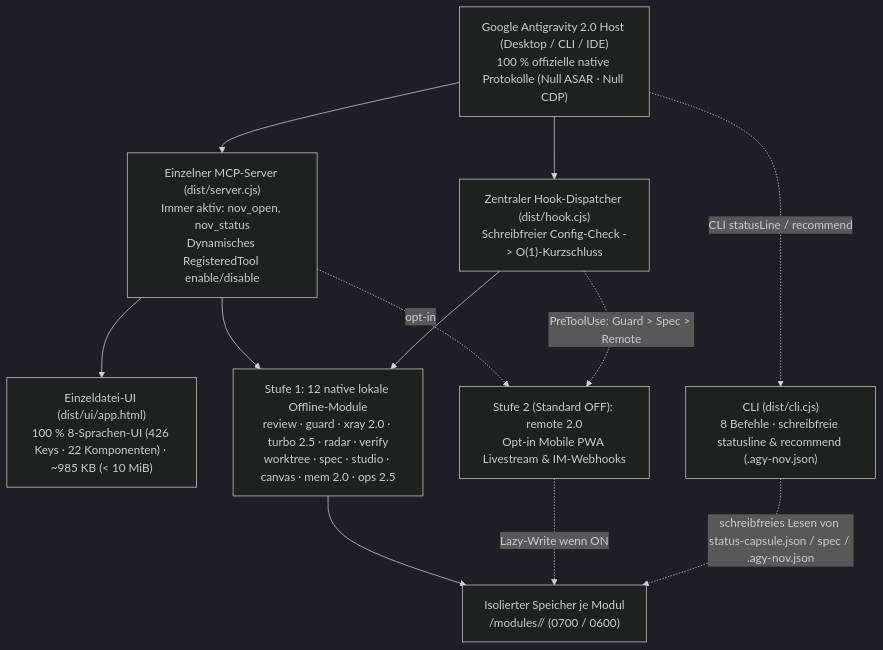
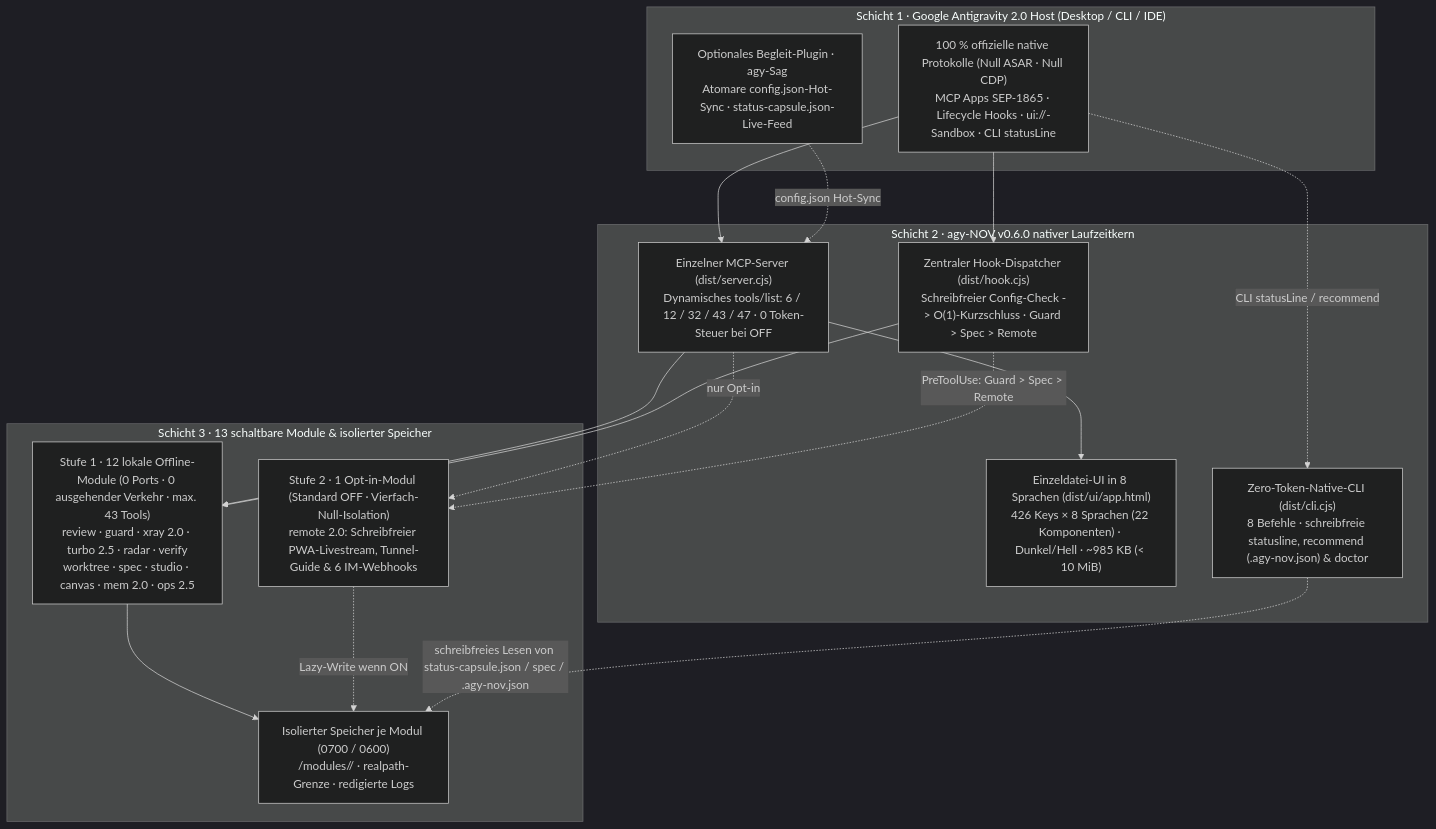
One commit to tone-leh/agy-NOV changed the diagram in docs/i18n/README.de.md. Above: the diagram before and after it, drawn with Mermaid (dark theme). The commit also changed other lines of this file and 11 other files, not shown here.

Commit message:
docs(readme): replace stale English hero/architecture SVGs with native localized Mermaid diagrams across all 8 locales

````diff
--- a/docs/i18n/README.de.md
+++ b/docs/i18n/README.de.md
@@ -226,23 +209,33 @@
 ```mermaid
 flowchart TB
-  Host["Google Antigravity 2.0 Host (Desktop / CLI / IDE)\n100 % offizielle native Protokolle (Null ASAR · Null CDP)"]
-  MCP["Einzelner MCP-Server (dist/server.cjs)\nImmer aktiv: nov_open, nov_status\nDynamisches RegisteredTool enable/disable"]
-  UI["Einzeldatei-UI (dist/ui/app.html)\n100 % 8-Sprachen-UI (426 Keys · 22 Komponenten) · ~985 KB (< 10 MiB)"]
-  Hook["Zentraler Hook-Dispatcher (dist/hook.cjs)\nSchreibfreier Config-Check -> O(1)-Kurzschluss"]
-  CLI["CLI (dist/cli.cjs)\n8 Befehle · schreibfreie statusline & recommend (.agy-nov.json)"]
-  Store["Isolierter Speicher je Modul\n<dataDir>/modules/<id>/ (0700 / 0600)"]
-  T1["Stufe 1: 12 native lokale Offline-Module\nreview · guard · xray 2.0 · turbo 2.5 · radar · verify\nworktree · spec · studio · canvas · mem 2.0 · ops 2.5"]
-  T2R["Stufe 2 (Standard OFF): remote 2.0\nOpt-in Mobile PWA Livestream & IM-Webhooks"]
+  subgraph L1["Schicht 1 · Google Antigravity 2.0 Host (Desktop / CLI / IDE)"]
+    Host["100 % offizielle native Protokolle (Null ASAR · Null CDP)\nMCP Apps SEP-1865 · Lifecycle Hooks · ui://-Sandbox · CLI statusLine"]
+    Sag["Optionales Begleit-Plugin · agy-Sag\nAtomare config.json-Hot-Sync · status-capsule.json-Live-Feed"]
+  end
+
+  subgraph L2["Schicht 2 · agy-NOV v0.6.0 nativer Laufzeitkern"]
+    MCP["Einzelner MCP-Server (dist/server.cjs)\nDynamisches tools/list: 6 / 12 / 32 / 43 / 47 · 0 Token-Steuer bei OFF"]
+    Hook["Zentraler Hook-Dispatcher (dist/hook.cjs)\nSchreibfreier Config-Check -> O(1)-Kurzschluss · Guard > Spec > Remote"]
+    UI["Einzeldatei-UI in 8 Sprachen (dist/ui/app.html)\n426 Keys × 8 Sprachen (22 Komponenten) · Dunkel/Hell · ~985 KB (< 10 MiB)"]
+    CLI["Zero-Token-Native-CLI (dist/cli.cjs)\n8 Befehle · schreibfreie statusline, recommend (.agy-nov.json) & doctor"]
+  end
+
+  subgraph L3["Schicht 3 · 13 schaltbare Module & isolierter Speicher"]
+    T1["Stufe 1 · 12 lokale Offline-Module (0 Ports · 0 ausgehender Verkehr · max. 43 Tools)\nreview · guard · xray 2.0 · turbo 2.5 · radar · verify\nworktree · spec · studio · canvas · mem 2.0 · ops 2.5"]
+    T2R["Stufe 2 · 1 Opt-in-Modul (Standard OFF · Vierfach-Null-Isolation)\nremote 2.0: Schreibfreier PWA-Livestream, Tunnel-Guide & 6 IM-Webhooks"]
+    Store["Isolierter Speicher je Modul (0700 / 0600)\n<dataDir>/modules/<id>/ · realpath-Grenze · redigierte Logs"]
+  end
 
   Host --> MCP
   Host --> Hook
   Host -. "CLI statusLine / recommend" .-> CLI
+  Sag -. "config.json Hot-Sync" .-> MCP
   MCP --> UI
   MCP --> T1
-  MCP -. "opt-in" .-> T2R
+  MCP -. "nur Opt-in" .-> T2R
   Hook --> T1
   Hook -. "PreToolUse: Guard > Spec > Remote" .-> T2R
   T1 --> Store
   T2R -. "Lazy-Write wenn ON" .-> Store
   CLI -. "schreibfreies Lesen von status-capsule.json / spec / .agy-nov.json" .-> Store
 ```
````
